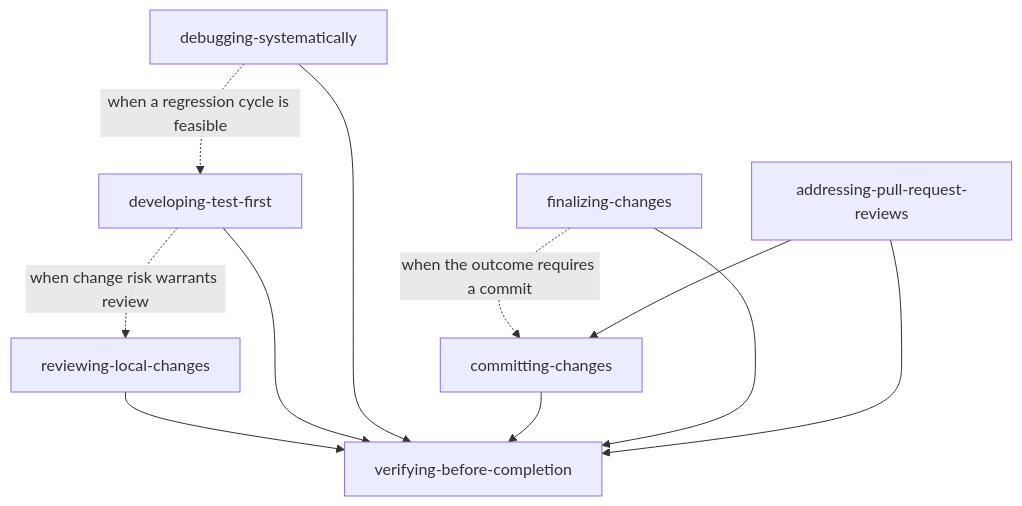
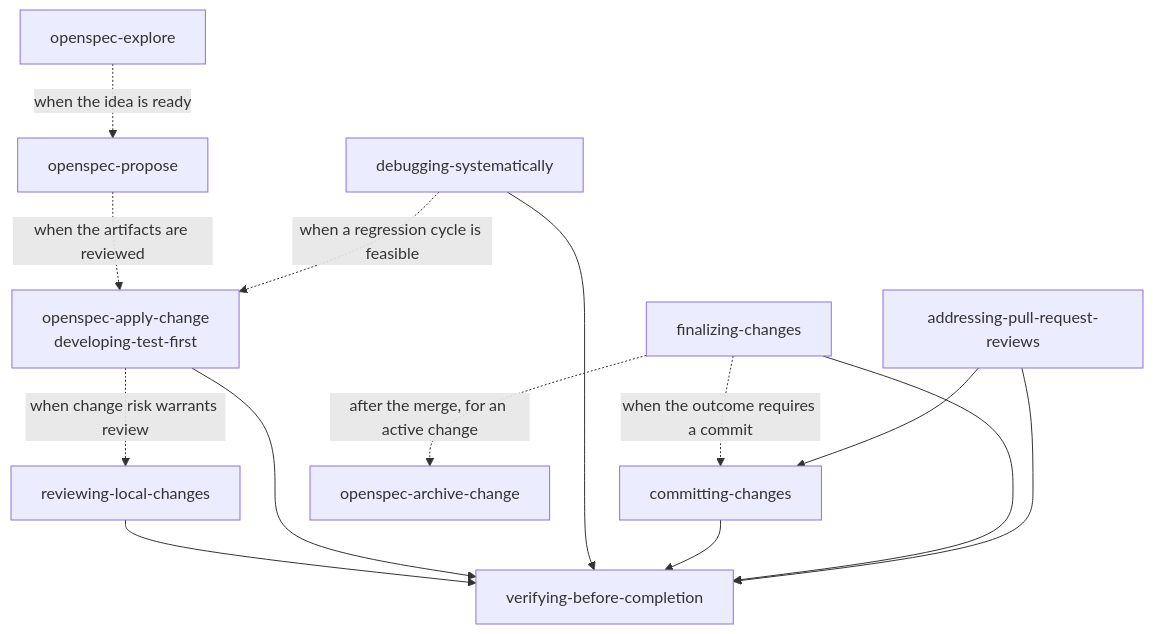
The diagram in README.md (fgladisch/opencode-skills), drawn with Mermaid before and after one commit. The commit also changed other lines of this file, not shown here.

Commit message:
📝 docs: add OpenSpec skills to the dependency graph

````diff
--- a/README.md
+++ b/README.md
@@ -54,21 +54,27 @@
 ```mermaid
 flowchart TB
+  OE["openspec-explore"]
+  OP["openspec-propose"]
   SD["debugging-systematically"]
-  TDD["developing-test-first"]
+  TDD["openspec-apply-change<br/>developing-test-first"]
   CR["reviewing-local-changes"]
   V["verifying-before-completion"]
   C["committing-changes"]
   F["finalizing-changes"]
   PR["addressing-pull-request-reviews"]
+  OA["openspec-archive-change"]
 
+  OE -. "when the idea is ready" .-> OP
+  OP -. "when the artifacts are reviewed" .-> TDD
   SD -. "when a regression cycle is feasible" .-> TDD
   TDD -. "when change risk warrants review" .-> CR
   CR --> V
   TDD --> V
   SD --> V
   F -. "when the outcome requires a commit" .-> C
   C --> V
   F --> V
   PR --> C
   PR --> V
+  F -. "after the merge, for an active change" .-> OA
 ```
````
